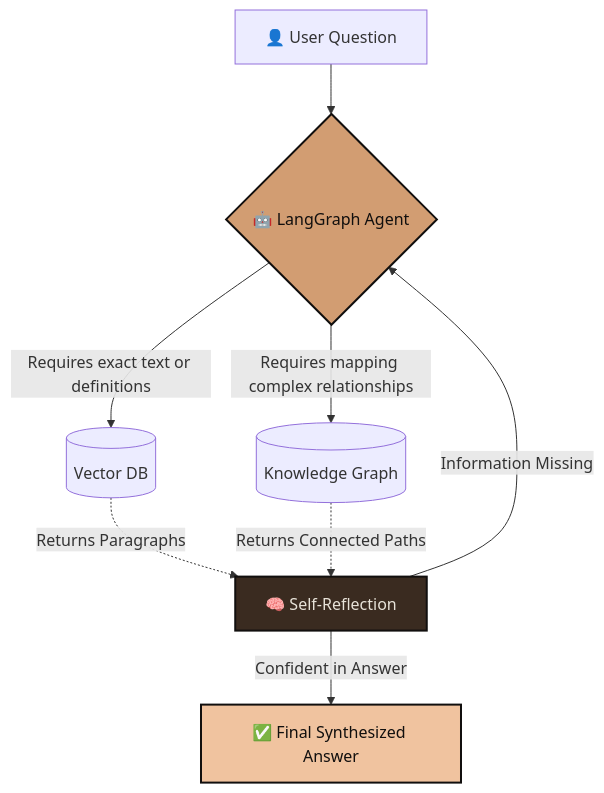
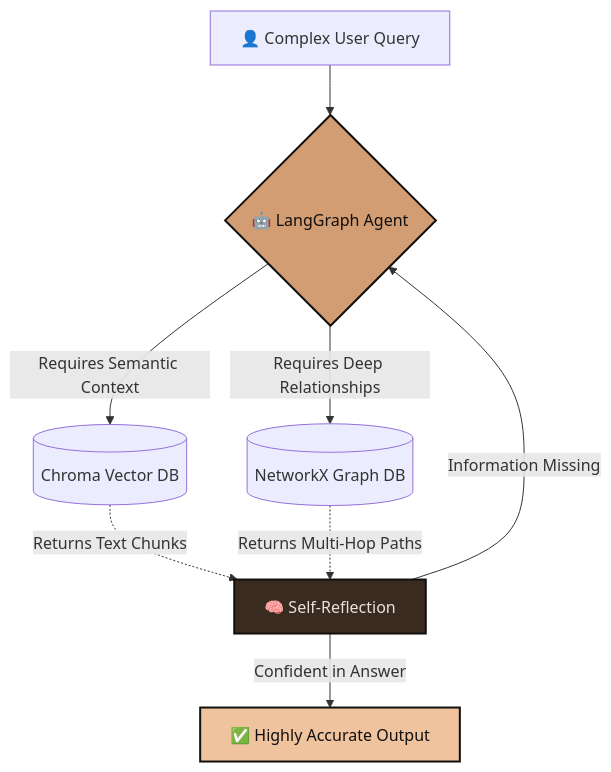
The diagram in docs/src/content/docs/guides/architecture.md (Saaalil/DocRagGraph), drawn with Mermaid before and after one commit. The commit also changed other lines of this file, not shown here.

Commit message:
Replace mermaid codeblock with client-side script rendering

````diff
--- a/docs/src/content/docs/guides/architecture.md
+++ b/docs/src/content/docs/guides/architecture.md
@@ -23,17 +23,17 @@
-```mermaid
+<div class="mermaid">
 graph TD
-    A[👤 User Question] --> B{🤖 LangGraph Agent}
+    A[👤 Complex User Query] --> B{🤖 LangGraph Agent}
     
-    B -->|Requires exact text or definitions| C[(Vector DB)]
-    B -->|Requires mapping complex relationships| D[(Knowledge Graph)]
+    B -->|Requires Semantic Context| C[(Chroma Vector DB)]
+    B -->|Requires Deep Relationships| D[(NetworkX Graph DB)]
     
-    C -.->|Returns Paragraphs| E[🧠 Self-Reflection]
-    D -.->|Returns Connected Paths| E
+    C -.->|Returns Text Chunks| E[🧠 Self-Reflection]
+    D -.->|Returns Multi-Hop Paths| E
     
     E -->|Information Missing| B
-    E -->|Confident in Answer| F[✅ Final Synthesized Answer]
+    E -->|Confident in Answer| F[✅ Highly Accurate Output]
     
     style B fill:#d29d72,stroke:#110f0e,stroke-width:2px,color:#110f0e
     style F fill:#f0c39f,stroke:#110f0e,stroke-width:2px,color:#110f0e
     style E fill:#3a2b20,stroke:#110f0e,stroke-width:2px,color:#e8e3d9
-```
+</div>
````
